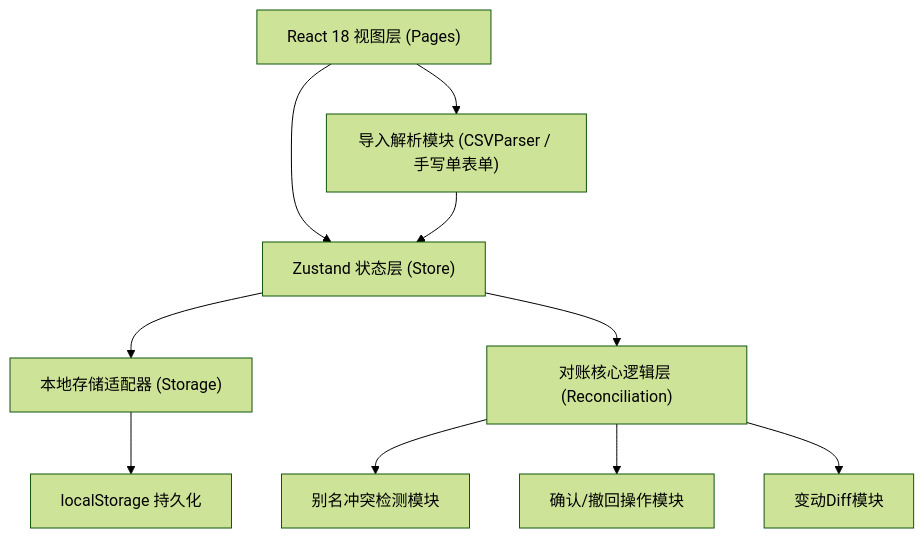
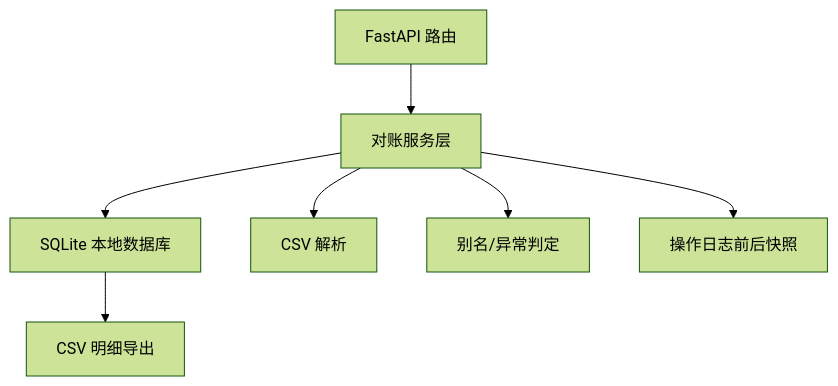
One commit to lizyyy/solo changed the diagram in zy73032/.trae/documents/ARCH-宠物训练课排程对账.md. Above: the diagram before and after it, drawn with Mermaid (forest theme). The commit also changed other lines of this file and 42 other files, not shown here.

````diff
--- a/zy73032/.trae/documents/ARCH-宠物训练课排程对账.md
+++ b/zy73032/.trae/documents/ARCH-宠物训练课排程对账.md
@@ -5,12 +7,9 @@
 ```mermaid
 graph TD
-    A["React 18 视图层 (Pages)"] --> B["Zustand 状态层 (Store)"]
-    B --> C["本地存储适配器 (Storage)"]
-    C --> D["localStorage 持久化"]
-    B --> E["对账核心逻辑层 (Reconciliation)"]
-    E --> F["别名冲突检测模块"]
-    E --> G["确认/撤回操作模块"]
-    E --> H["变动Diff模块"]
-    A --> I["导入解析模块 (CSVParser / 手写单表单)"]
-    I --> B
+  A["FastAPI 路由"] --> B["对账服务层"]
+  B --> C["SQLite 本地数据库"]
+  B --> D["CSV 解析"]
+  B --> E["别名/异常判定"]
+  B --> F["操作日志前后快照"]
+  C --> G["CSV 明细导出"]
 ```
````
